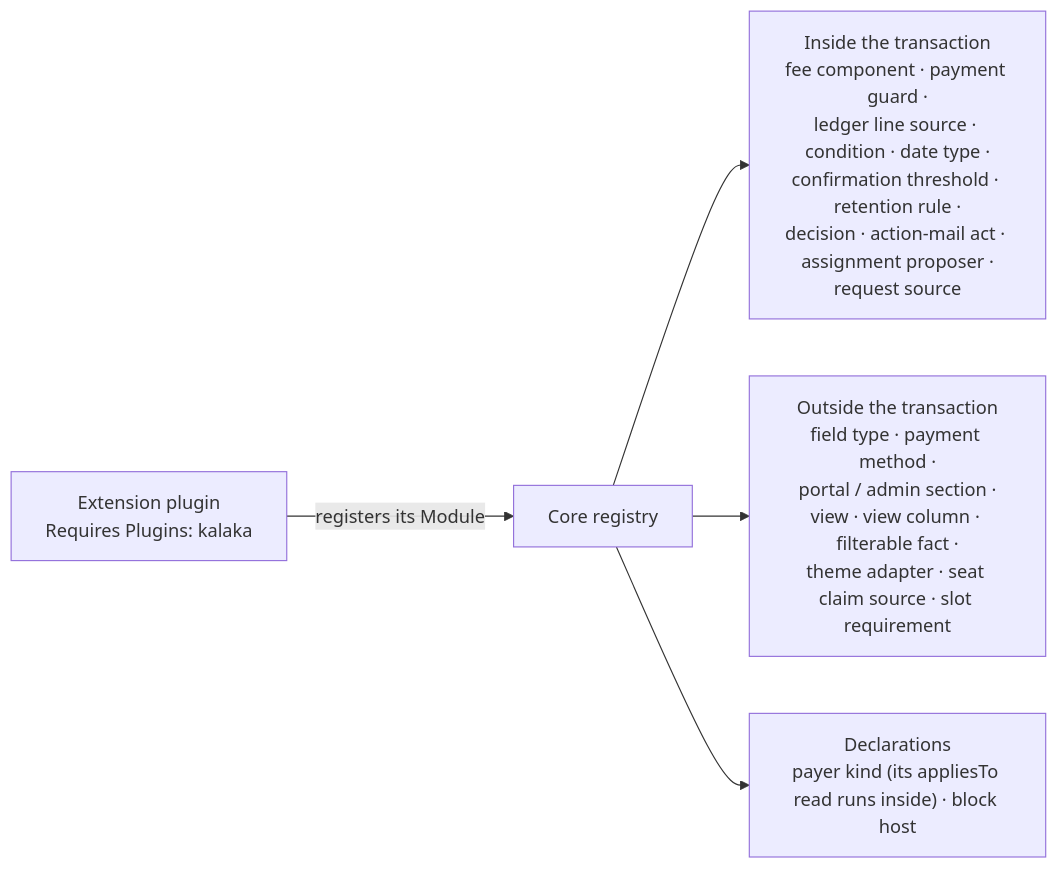
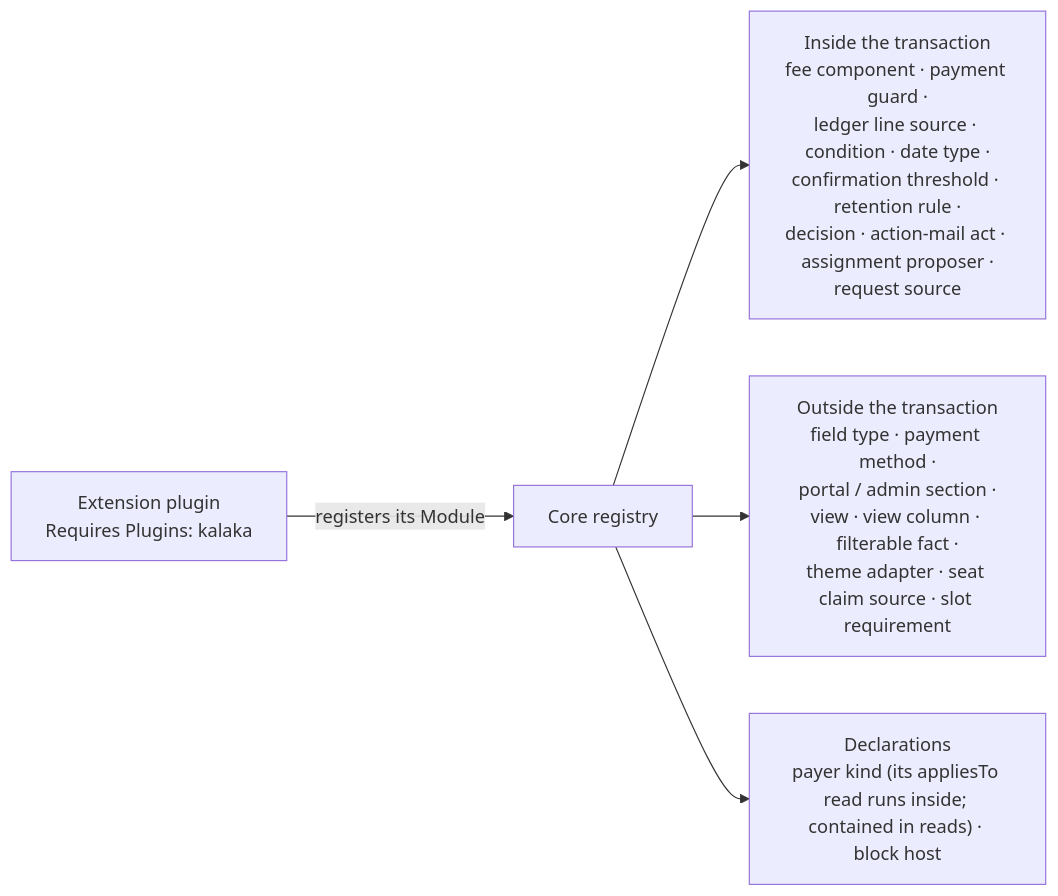
Before and after one commit to reformatus/kalaka: the second of 2 diagrams in docs/architecture/modules-and-extensions.md, drawn with Mermaid. The commit also changed other lines of this file and 9 other files, not shown here.

Commit message:
Ledger: a throwing payer kind source is contained in the detail read (logged, not applying) and rolls a record use case back; the stale comments and the share invariant (#242 re-check N1, n1-n3)

````diff
--- a/docs/architecture/modules-and-extensions.md
+++ b/docs/architecture/modules-and-extensions.md
@@ -305,7 +305,7 @@
 ```mermaid
 flowchart LR
   EP["Extension plugin<br/>Requires Plugins: kalaka"] -->|"registers its Module"| REG["Core registry"]
   REG --> IN["Inside the transaction<br/>fee component · payment guard ·<br/>ledger line source · condition · date type ·<br/>confirmation threshold · retention rule ·<br/>decision · action-mail act · assignment proposer ·<br/>request source"]
   REG --> OUT["Outside the transaction<br/>field type · payment method ·<br/>portal / admin section ·<br/>view · view column · filterable fact ·<br/>theme adapter · seat claim source · slot requirement"]
-  REG --> DECL["Declarations<br/>payer kind (its appliesTo read runs inside) · block host"]
+  REG --> DECL["Declarations<br/>payer kind (its appliesTo read runs inside; contained in reads) · block host"]
 ```
````
